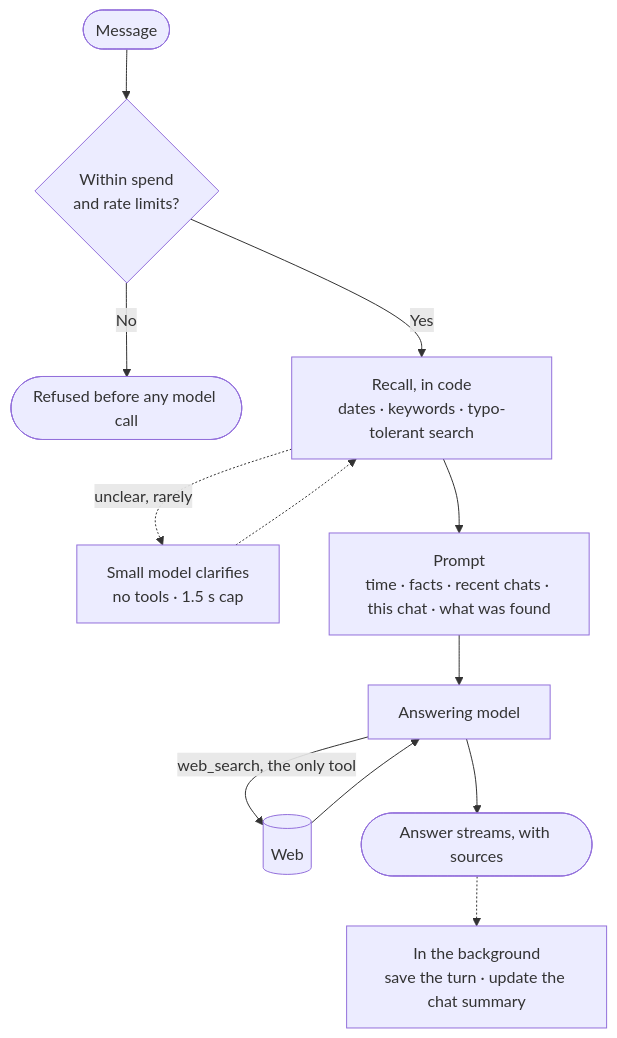
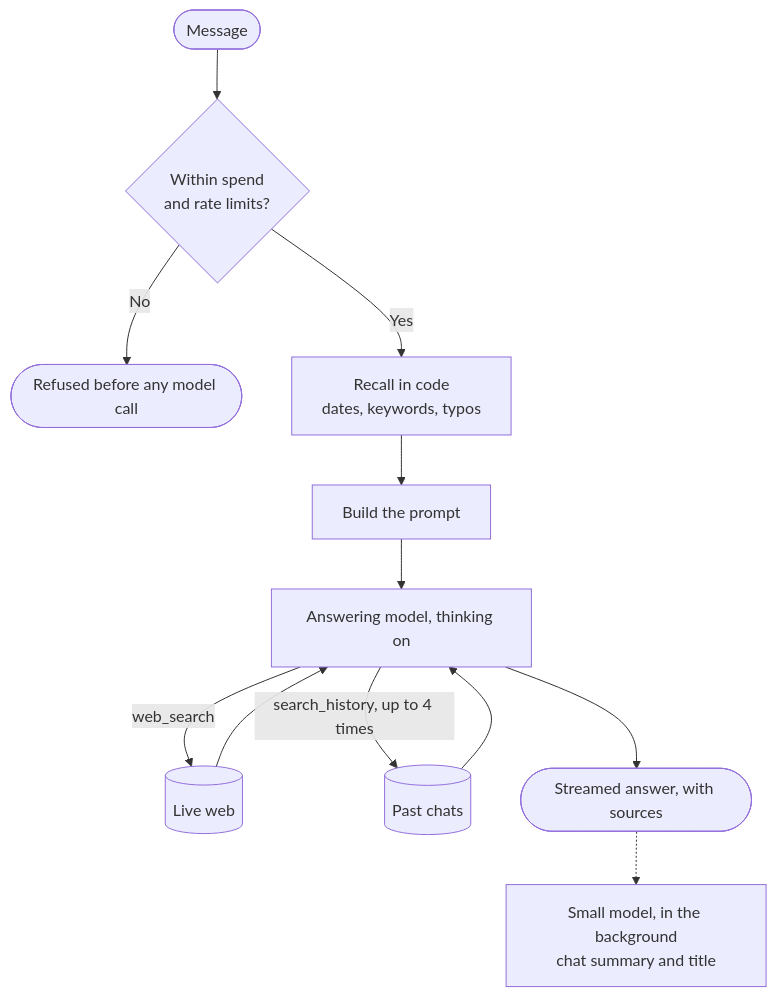
Before and after one commit to ShashwatXD/Mino: the diagram in DESIGN.md, drawn with Mermaid. The commit also changed other lines of this file and 27 other files, not shown here.

Commit message:
history tool with lookup loop, thinking on the main model, small model only for summaries and titles, removed hinglish rules

````diff
--- a/DESIGN.md
+++ b/DESIGN.md
@@ -9,14 +9,14 @@
 ```mermaid
 flowchart TD
     A([Message]) --> G{"Within spend<br/>and rate limits?"}
     G -- No --> X(["Refused before any model call"])
-    G -- Yes --> R["Recall, in code<br/>dates · keywords · typo-tolerant search"]
-    R -. "unclear, rarely" .-> S["Small model clarifies<br/>no tools · 1.5 s cap"]
-    S -.-> R
-    R --> P["Prompt<br/>time · facts · recent chats · this chat · what was found"]
-    P --> M["Answering model"]
-    M -- "web_search, the only tool" --> W[(Web)]
+    G -- Yes --> R["Recall in code<br/>dates, keywords, typos"]
+    R --> B["Build the prompt"]
+    B --> M["Answering model, thinking on"]
+    M -- web_search --> W[(Live web)]
     W --> M
-    M --> E([Answer streams, with sources])
-    E -.-> B["In the background<br/>save the turn · update the chat summary"]
+    M -- "search_history, up to 4 times" --> H[(Past chats)]
+    H --> M
+    M --> E([Streamed answer, with sources])
+    E -.-> Z["Small model, in the background<br/>chat summary and title"]
 ```
````
